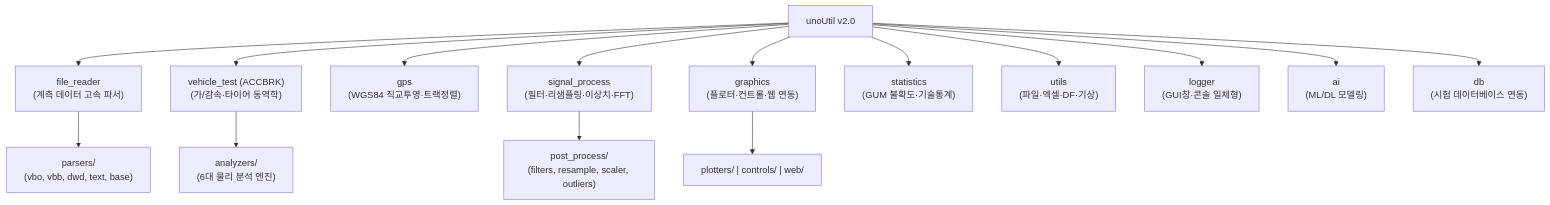
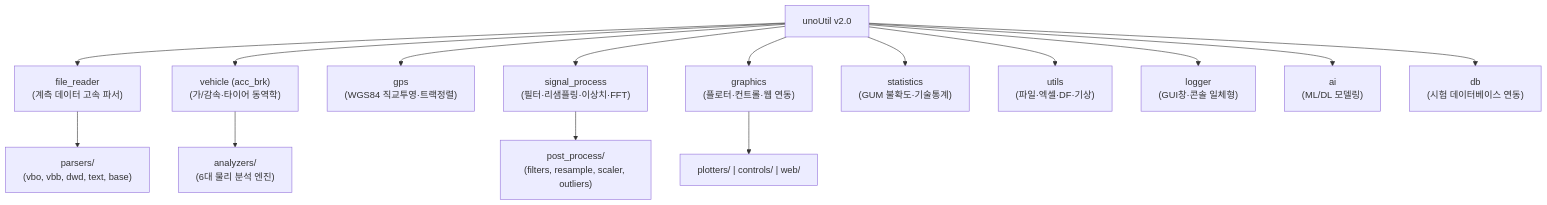
The diagram in 02_Projects/회사_업무/20_unoUtil_모듈개발/UNOUTIL_V2_REFACTORING_REPORT.md (uunnooo/00_obsidian), drawn with Mermaid before and after one commit. The commit also changed other lines of this file and 41 other files, not shown here.

````diff
--- a/02_Projects/회사_업무/20_unoUtil_모듈개발/UNOUTIL_V2_REFACTORING_REPORT.md
+++ b/02_Projects/회사_업무/20_unoUtil_모듈개발/UNOUTIL_V2_REFACTORING_REPORT.md
@@ -25,18 +25,18 @@
 ```mermaid
 flowchart TD
     unoUtil["unoUtil v2.0"] --> FR["file_reader<br/>(계측 데이터 고속 파서)"]
-    unoUtil --> VT["vehicle_test (ACCBRK)<br/>(가/감속·타이어 동역학)"]
+    unoUtil --> VT["vehicle (acc_brk)<br/>(가/감속·타이어 동역학)"]
     unoUtil --> GPS["gps<br/>(WGS84 직교투영·트랙정렬)"]
     unoUtil --> SP["signal_process<br/>(필터·리샘플링·이상치·FFT)"]
     unoUtil --> GRAPH["graphics<br/>(플로터·컨트롤·웹 연동)"]
     unoUtil --> STAT["statistics<br/>(GUM 불확도·기술통계)"]
     unoUtil --> UTILS["utils<br/>(파일·엑셀·DF·기상)"]
     unoUtil --> LOG["logger<br/>(GUI창·콘솔 일체형)"]
     unoUtil --> AI["ai<br/>(ML/DL 모델링)"]
     unoUtil --> DB["db<br/>(시험 데이터베이스 연동)"]
 
     FR --> Parsers["parsers/<br/>(vbo, vbb, dwd, text, base)"]
     VT --> Analyzers["analyzers/<br/>(6대 물리 분석 엔진)"]
     SP --> PostProcess["post_process/<br/>(filters, resample, scaler, outliers)"]
     GRAPH --> GraphSubs["plotters/ | controls/ | web/"]
 ```
````
